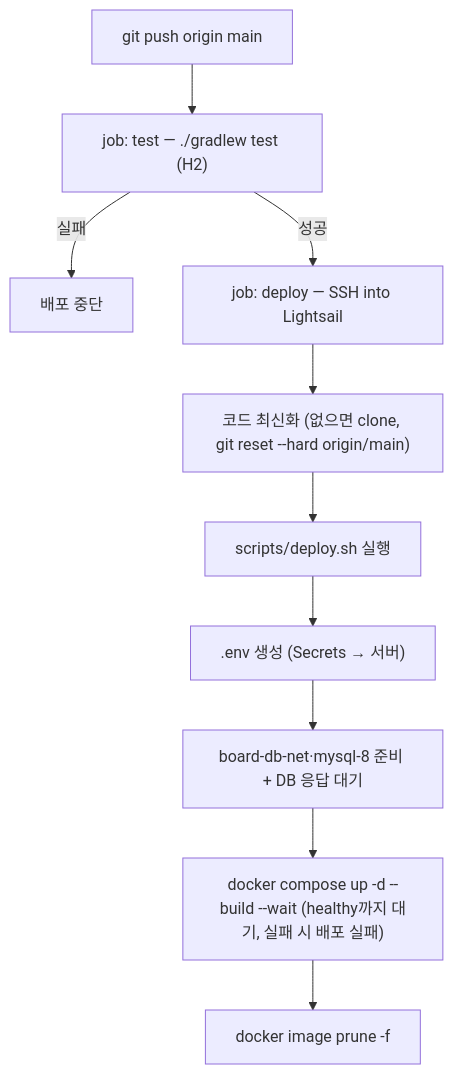
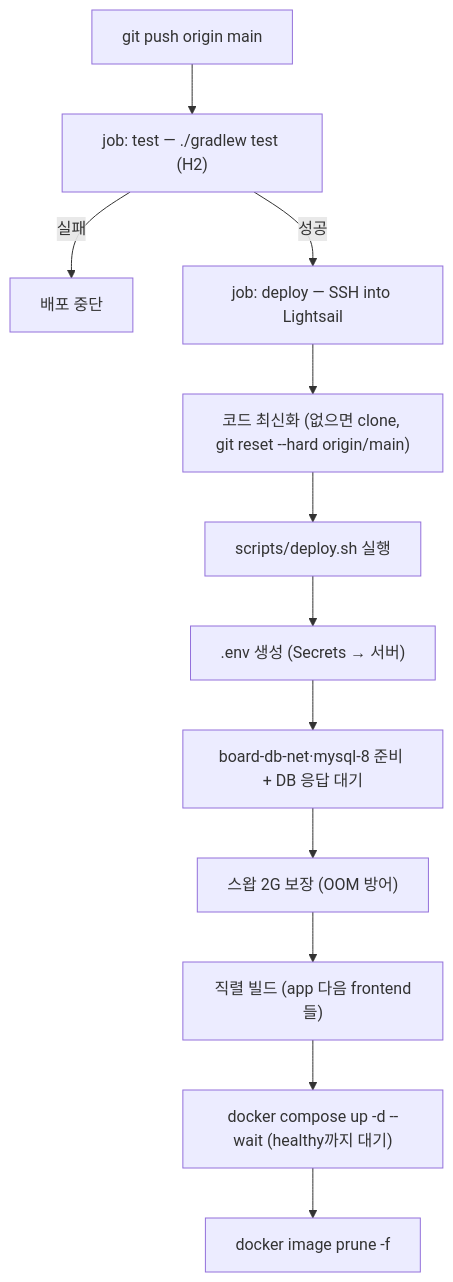
Before and after one commit to icesnake72/boards: the diagram in docs/lecture/CICD-GITHUB-ACTIONS.md, drawn with Mermaid. The commit also changed other lines of this file and 3 other files, not shown here.

````diff
--- a/docs/lecture/CICD-GITHUB-ACTIONS.md
+++ b/docs/lecture/CICD-GITHUB-ACTIONS.md
@@ -19,12 +19,14 @@
 ```mermaid
 flowchart TD
   PUSH["git push origin main"] --> TEST["job: test — ./gradlew test (H2)"]
   TEST -->|"실패"| STOP["배포 중단"]
   TEST -->|"성공"| DEPLOY["job: deploy — SSH into Lightsail"]
   DEPLOY --> PULL["코드 최신화 (없으면 clone, git reset --hard origin/main)"]
   PULL --> SH["scripts/deploy.sh 실행"]
   SH --> ENV[".env 생성 (Secrets → 서버)"]
   ENV --> DB["board-db-net·mysql-8 준비 + DB 응답 대기"]
-  DB --> UP["docker compose up -d --build --wait (healthy까지 대기, 실패 시 배포 실패)"]
+  DB --> SWAP["스왑 2G 보장 (OOM 방어)"]
+  SWAP --> BUILD["직렬 빌드 (app 다음 frontend들)"]
+  BUILD --> UP["docker compose up -d --wait (healthy까지 대기)"]
   UP --> PRUNE["docker image prune -f"]
 ```
````
